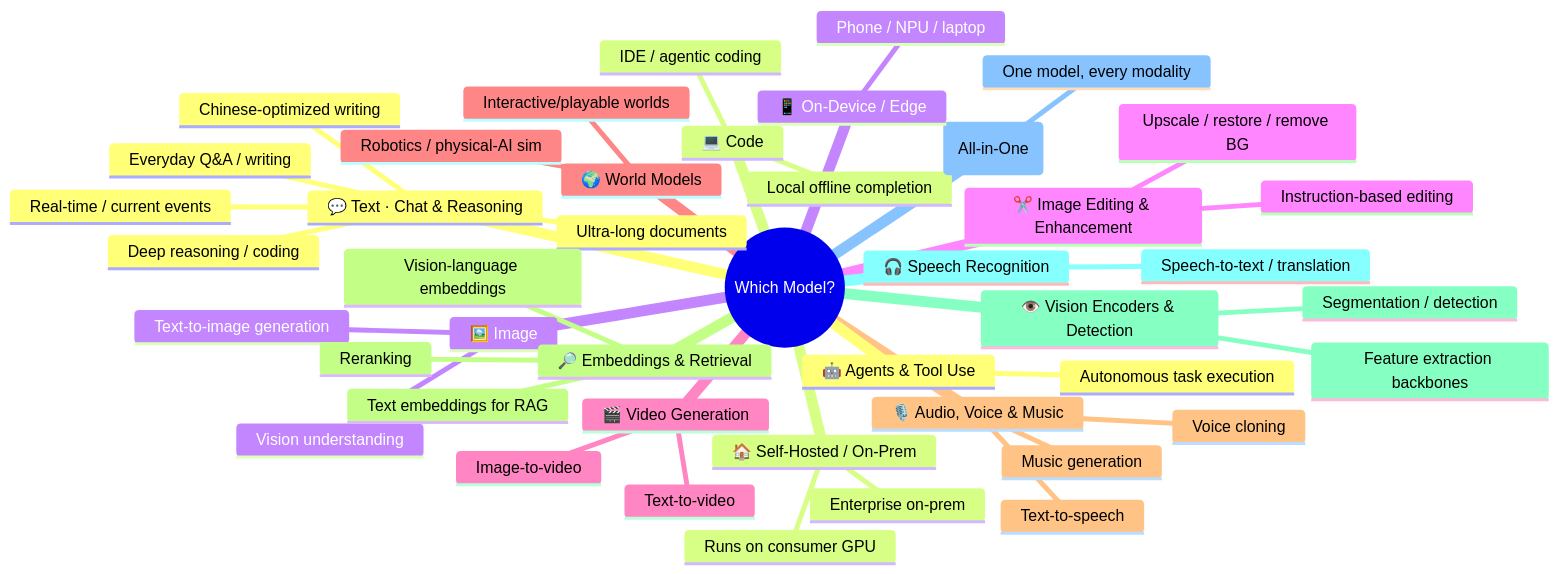
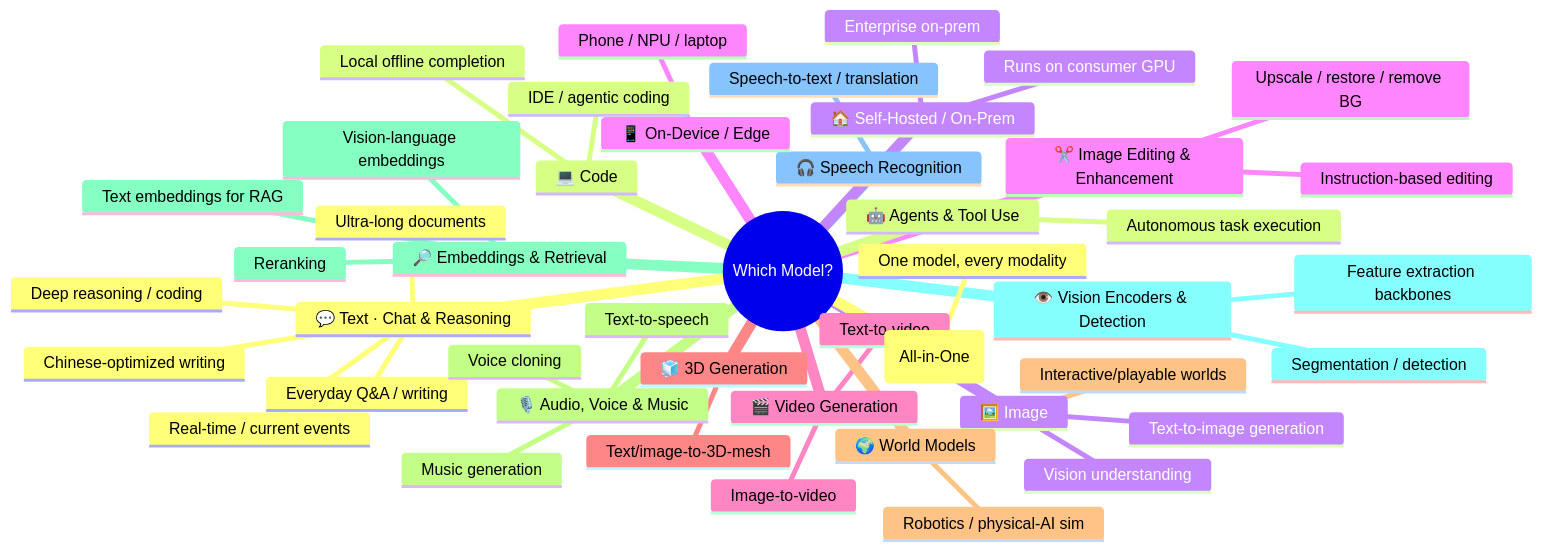
The first of 3 diagrams in README.md (HoobenWang/awesome-llm-landscape), drawn with Mermaid before and after one commit. The commit also changed other lines of this file and 2 other files, not shown here.

First line of the commit message:
Add 3D generation category; expand famous-scientific-model callout

````diff
--- a/README.md
+++ b/README.md
@@ -53,47 +54,49 @@
 ```mermaid
 mindmap
   root((Which Model?))
     💬 Text · Chat & Reasoning
       Everyday Q&A / writing
       Deep reasoning / coding
       Ultra-long documents
       Chinese-optimized writing
       Real-time / current events
     💻 Code
       IDE / agentic coding
       Local offline completion
     🖼️ Image
       Vision understanding
       Text-to-image generation
     ✂️ Image Editing & Enhancement
       Instruction-based editing
       Upscale / restore / remove BG
     🎬 Video Generation
       Text-to-video
       Image-to-video
+    🧊 3D Generation
+      Text/image-to-3D-mesh
     🌍 World Models
       Interactive/playable worlds
       Robotics / physical-AI sim
     🎙️ Audio, Voice & Music
       Text-to-speech
       Voice cloning
       Music generation
     🔎 Embeddings & Retrieval
       Text embeddings for RAG
       Vision-language embeddings
       Reranking
     👁️ Vision Encoders & Detection
       Feature extraction backbones
       Segmentation / detection
     🎧 Speech Recognition
       Speech-to-text / translation
     🧩 Omni (All-in-One)
       One model, every modality
     🤖 Agents & Tool Use
       Autonomous task execution
     🏠 Self-Hosted / On-Prem
       Runs on consumer GPU
       Enterprise on-prem
     📱 On-Device / Edge
       Phone / NPU / laptop
 ```
````
